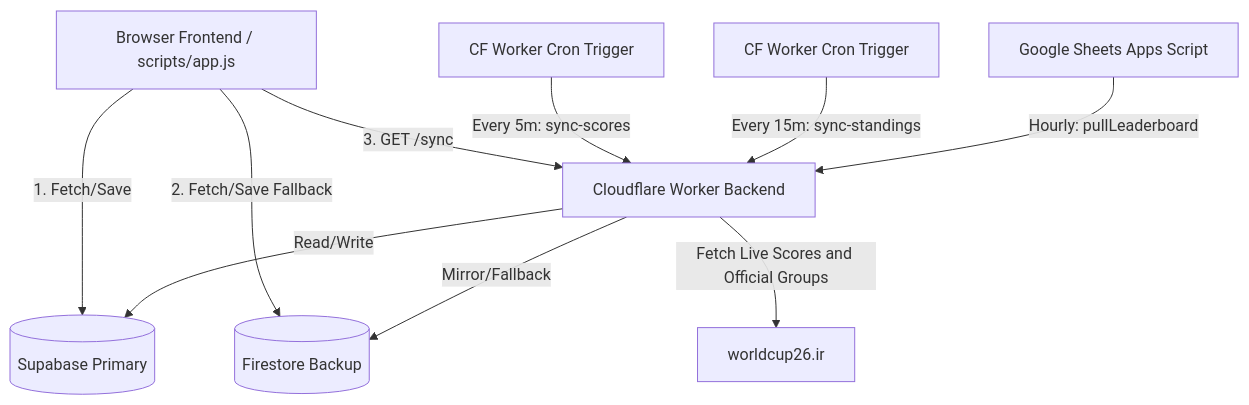
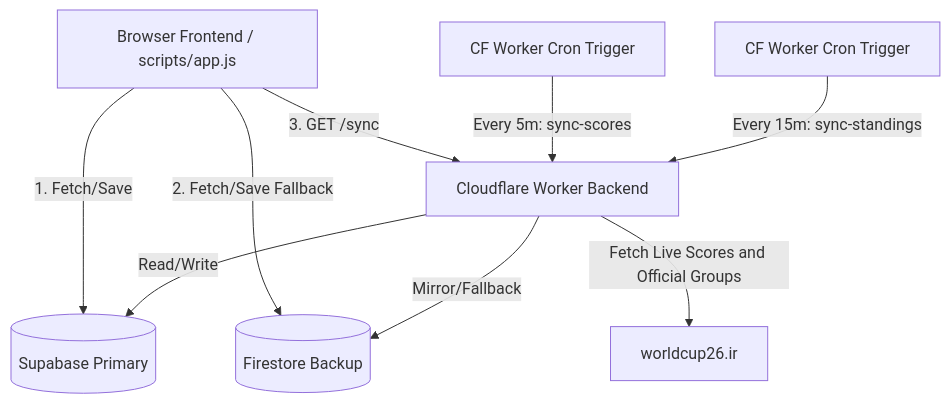
Before and after one commit to bennnnnnyyyyyyyy/ggowcpredictor: the diagram in docs/ARCHITECTURE.md, drawn with Mermaid. The commit also changed other lines of this file and 10 other files, not shown here.

````diff
--- a/docs/ARCHITECTURE.md
+++ b/docs/ARCHITECTURE.md
@@ -8,16 +8,14 @@
 ```mermaid
 graph TD
     Client[Browser Frontend / scripts/app.js] -->|1. Fetch/Save| Supabase[(Supabase Primary)]
     Client -->|2. Fetch/Save Fallback| Firestore[(Firestore Backup)]
     Client -->|3. GET /sync| Worker[Cloudflare Worker Backend]
     
     Worker -->|Read/Write| Supabase
     Worker -->|Mirror/Fallback| Firestore
     
     CronScores[CF Worker Cron Trigger] -->|Every 5m: sync-scores| Worker
     CronStandings[CF Worker Cron Trigger] -->|Every 15m: sync-standings| Worker
     
     Worker -->|Fetch Live Scores and Official Groups| API[worldcup26.ir]
-    
-    Sheet[Google Sheets Apps Script] -->|Hourly: pullLeaderboard| Worker
 ```
````
